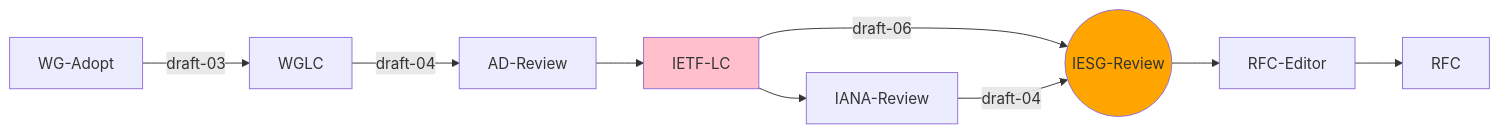
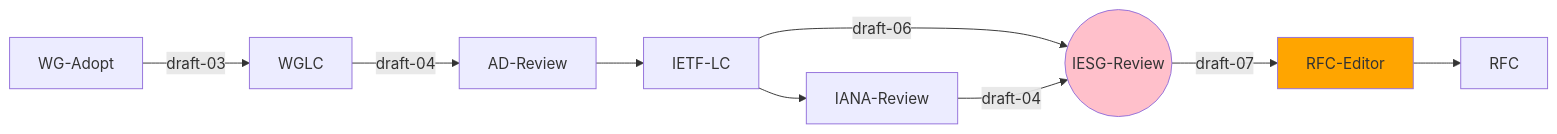
Before and after one commit to ietf-wg-httpapi/ietf-wg-httpapi.github.io: the first of 8 diagrams in index.md, drawn with Mermaid. The commit also changed other lines of this file, not shown here.

Commit message:
Updated mermaid diagrams

````diff
--- a/index.md
+++ b/index.md
@@ -23,18 +23,17 @@
 ```mermaid
 graph LR
     classDef current fill:orange
     classDef lastIETF fill:pink
 
     WG-Adopt --draft-03--> WGLC
     WGLC --draft-04--> AD-Review
     AD-Review --> IETF-LC
-    class IETF-LC lastIETF
     IETF-LC --> IANA-Review 
-    IETF-LC --draft-06--> IESG-Review((IESG-Review))
-    class IESG-Review current
+    IETF-LC --draft-06--> IESG-Review((IESG-Review))   
     IANA-Review --draft-04--> IESG-Review
-    IESG-Review --> RFC-Editor
+    IESG-Review --draft-07--> RFC-Editor
     RFC-Editor --> RFC
 
-
+    class IESG-Review lastIETF
+    class RFC-Editor current
 ```
````
